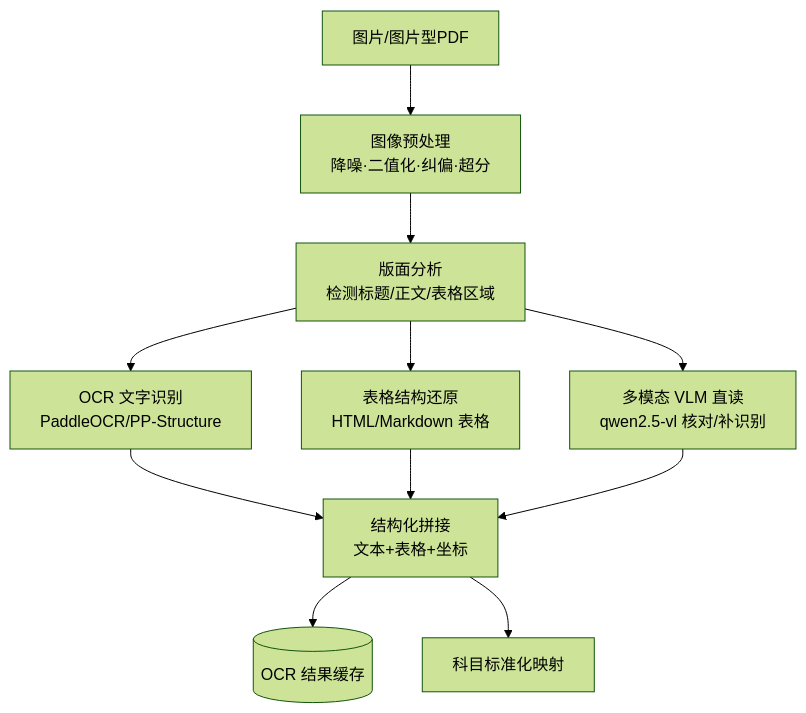
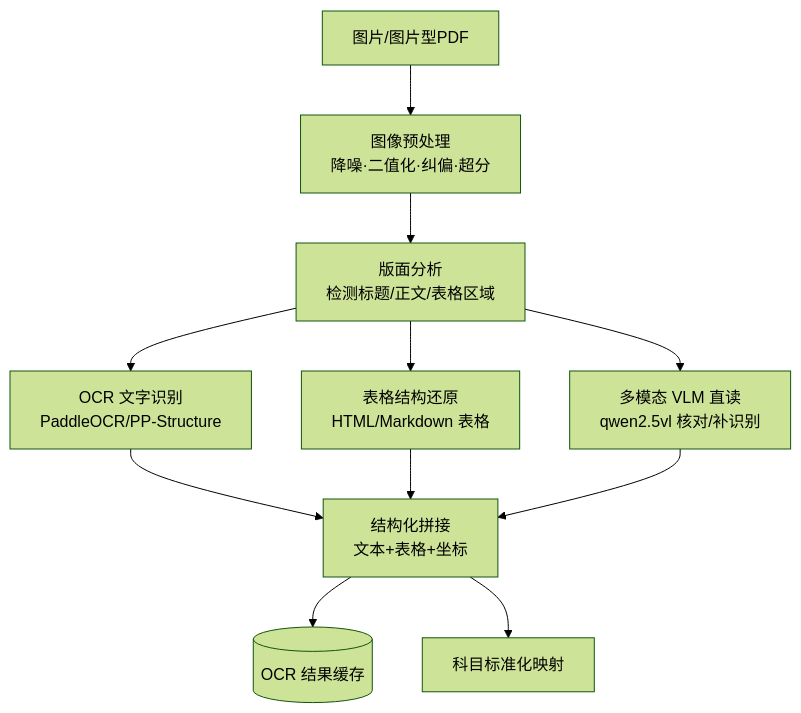
The fourth of 6 diagrams in 金融数据分析智能体设计文档.md (dearzhu/anaylize_agent), drawn with Mermaid (forest theme) before and after one commit. The commit also changed other lines of this file and 2 other files, not shown here.

Commit message:
docs: 更新模型名引用为 qwen2.5vl:7b

````diff
--- a/金融数据分析智能体设计文档.md
+++ b/金融数据分析智能体设计文档.md
@@ -152,13 +152,13 @@
 ```mermaid
 flowchart TB
     IMG[图片/图片型PDF] --> PRE[图像预处理<br/>降噪·二值化·纠偏·超分]
     PRE --> LAY[版面分析<br/>检测标题/正文/表格区域]
     LAY --> OCR[OCR 文字识别<br/>PaddleOCR/PP-Structure]
     LAY --> TAB[表格结构还原<br/>HTML/Markdown 表格]
-    LAY --> VLM[多模态 VLM 直读<br/>qwen2.5-vl 核对/补识别]
+    LAY --> VLM[多模态 VLM 直读<br/>qwen2.5vl 核对/补识别]
     OCR --> MERGE[结构化拼接<br/>文本+表格+坐标]
     TAB --> MERGE
     VLM --> MERGE
     MERGE --> CACHE[(OCR 结果缓存)]
     MERGE --> P2[科目标准化映射]
 ```
````
